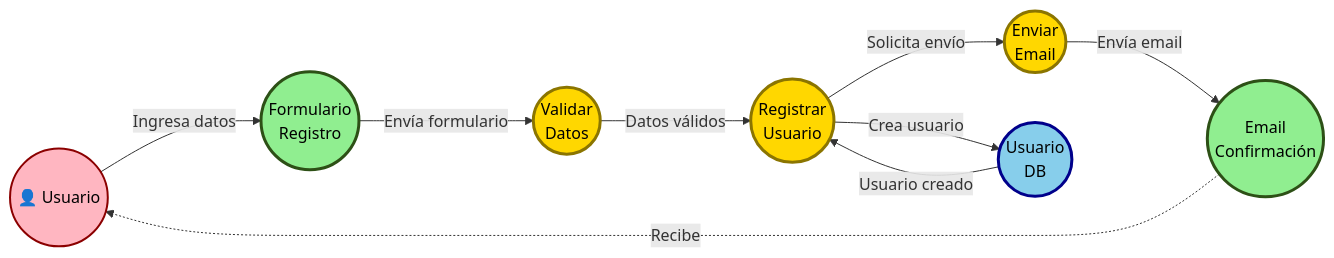
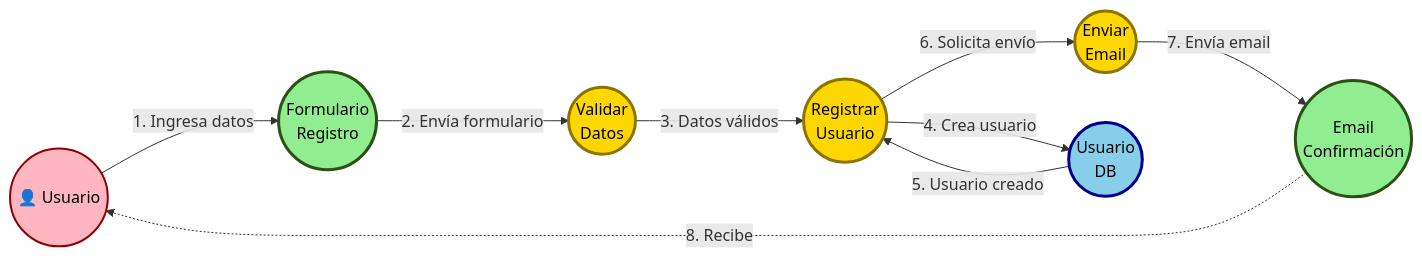
The first of 5 diagrams in diagrama-robustez-uml.md (cgala/TFI_HybridParking), drawn with Mermaid before and after one commit. The commit also changed other lines of this file, not shown here.

First line of the commit message:
Fix: Restaurar numeración secuencial en flechas de diagramas de robustez

````diff
--- a/diagrama-robustez-uml.md
+++ b/diagrama-robustez-uml.md
@@ -40,35 +40,35 @@
 ```mermaid
 graph LR
     Actor((👤 Usuario))
 
     %% BOUNDARIES
     B1((Formulario<br/>Registro))
     B2((Email<br/>Confirmación))
 
     %% CONTROLS
     C1((Validar<br/>Datos))
     C2((Registrar<br/>Usuario))
     C3((Enviar<br/>Email))
 
     %% ENTITIES
     E1((Usuario<br/>DB))
 
-    Actor -->|Ingresa datos| B1
-    B1 -->|Envía formulario| C1
-    C1 -->|Datos válidos| C2
-    C2 -->|Crea usuario| E1
-    E1 -->|Usuario creado| C2
-    C2 -->|Solicita envío| C3
-    C3 -->|Envía email| B2
-    B2 -.->|Recibe| Actor
+    Actor -->|1. Ingresa datos| B1
+    B1 -->|2. Envía formulario| C1
+    C1 -->|3. Datos válidos| C2
+    C2 -->|4. Crea usuario| E1
+    E1 -->|5. Usuario creado| C2
+    C2 -->|6. Solicita envío| C3
+    C3 -->|7. Envía email| B2
+    B2 -.->|8. Recibe| Actor
 
     classDef boundary fill:#90EE90,stroke:#2d5016,stroke-width:3px,color:#000
     classDef control fill:#FFD700,stroke:#8B7500,stroke-width:3px,color:#000
     classDef entity fill:#87CEEB,stroke:#00008B,stroke-width:3px,color:#000
     classDef actor fill:#FFB6C1,stroke:#8B0000,stroke-width:2px,color:#000
 
     class B1,B2 boundary
     class C1,C2,C3 control
     class E1 entity
     class Actor actor
 ```
````
